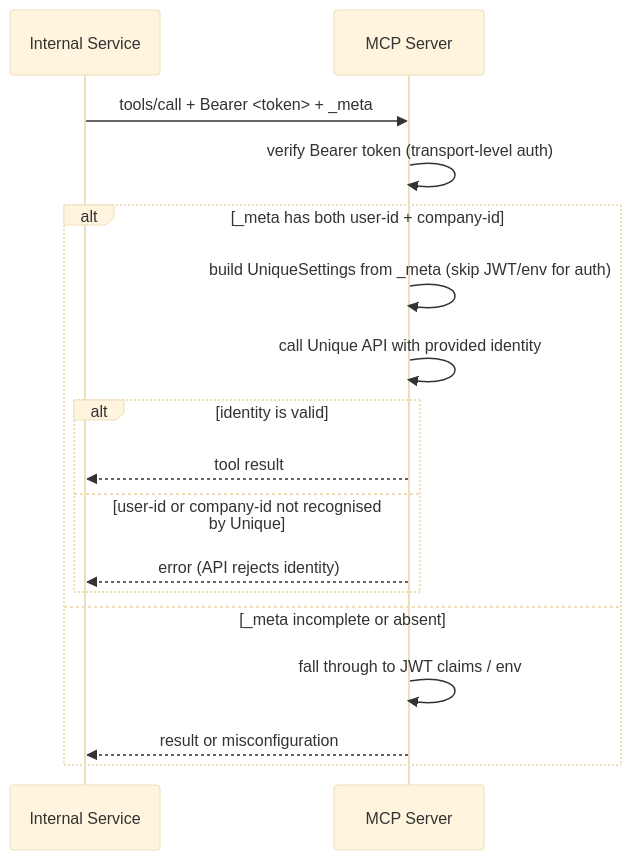
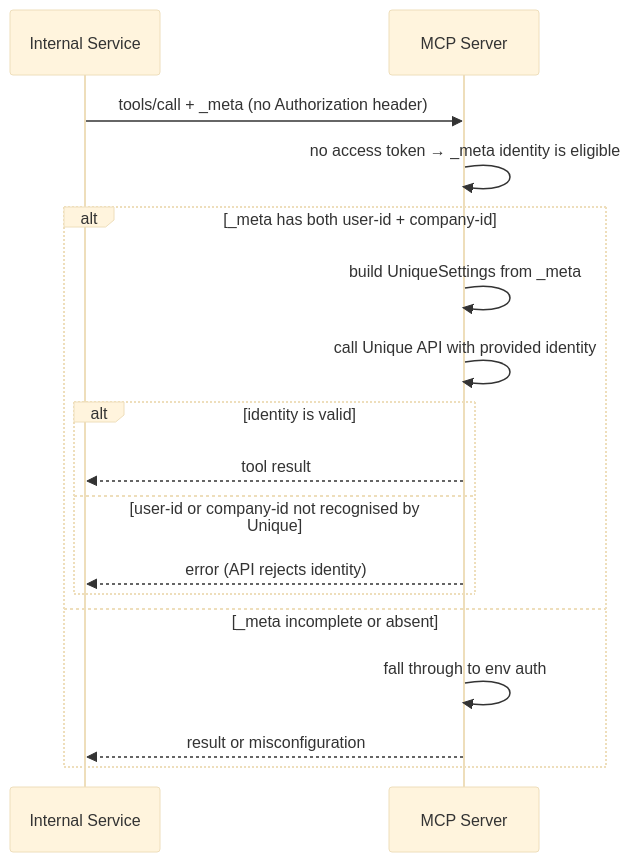
The fourth of 4 diagrams in unique_mcp/README.md (Unique-AG/ai), drawn with Mermaid (base theme) before and after one commit. The commit also changed other lines of this file and 1 other file, not shown here.

First line of the commit message:
docs(unique_mcp): correct the identity-precedence docs and stale async test

````diff
--- a/unique_mcp/README.md
+++ b/unique_mcp/README.md
@@ -198,20 +200,20 @@
 ```mermaid
 sequenceDiagram
     participant InternalSvc as Internal Service
     participant MCP as MCP Server
 
-    InternalSvc->>MCP: tools/call + Bearer <token> + _meta
-    MCP->>MCP: verify Bearer token (transport-level auth)
+    InternalSvc->>MCP: tools/call + _meta (no Authorization header)
+    MCP->>MCP: no access token → _meta identity is eligible
     alt _meta has both user-id + company-id
-        MCP->>MCP: build UniqueSettings from _meta (skip JWT/env for auth)
+        MCP->>MCP: build UniqueSettings from _meta
         MCP->>MCP: call Unique API with provided identity
         alt identity is valid
             MCP-->>InternalSvc: tool result
         else user-id or company-id not recognised by Unique
             MCP-->>InternalSvc: error (API rejects identity)
         end
     else _meta incomplete or absent
-        MCP->>MCP: fall through to JWT claims / env
+        MCP->>MCP: fall through to env auth
         MCP-->>InternalSvc: result or misconfiguration
     end
 ```
````
